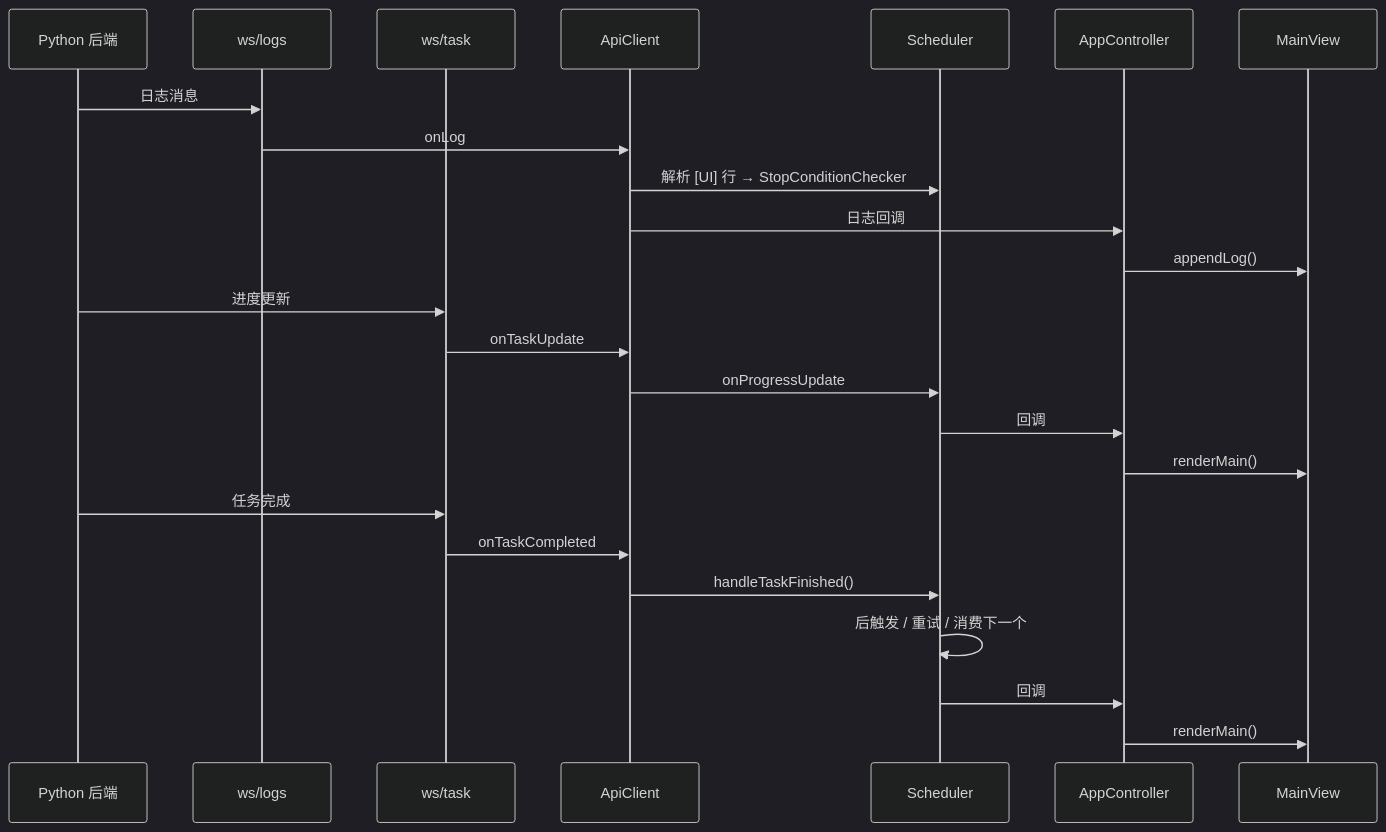
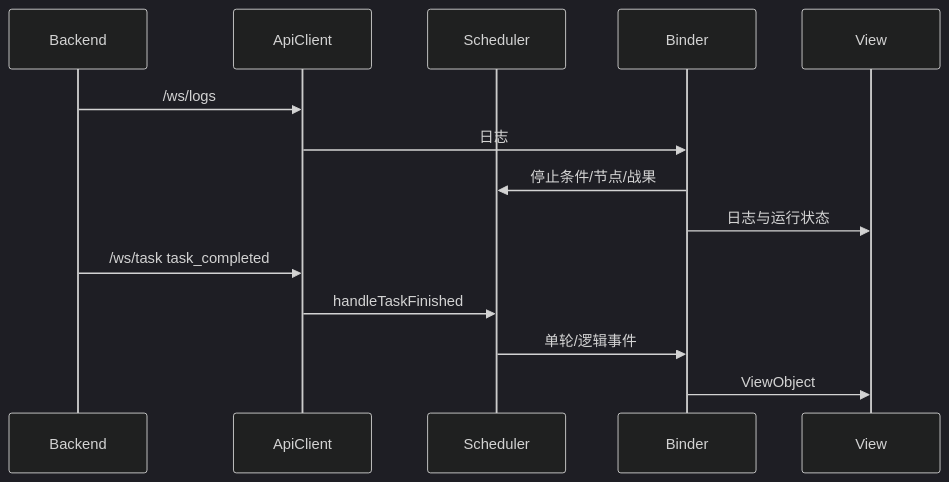
One commit to ShiinaKuroko/AutoWSGR-GUI changed the diagram in docs/architecture/06-backend-communication.md. Above: the diagram before and after it, drawn with Mermaid (dark theme). The commit also changed other lines of this file and 36 other files, not shown here.

Commit message:
docs: align agent guidance and architecture references

````diff
--- a/docs/architecture/06-backend-communication.md
+++ b/docs/architecture/06-backend-communication.md
@@ -319,29 +164,17 @@
 ```mermaid
 sequenceDiagram
-  participant Backend as Python 后端
-  participant WsLog as ws/logs
-  participant WsTask as ws/task
-  participant Api as ApiClient
-  participant Sched as Scheduler
-  participant App as AppController
-  participant UI as MainView
+  participant Backend
+  participant ApiClient
+  participant Scheduler
+  participant Binder
+  participant View
 
-  Backend->>WsLog: 日志消息
-  WsLog->>Api: onLog
-  Api->>Sched: 解析 [UI] 行 → StopConditionChecker
-  Api->>App: 日志回调
-  App->>UI: appendLog()
-
-  Backend->>WsTask: 进度更新
-  WsTask->>Api: onTaskUpdate
-  Api->>Sched: onProgressUpdate
-  Sched->>App: 回调
-  App->>UI: renderMain()
-
-  Backend->>WsTask: 任务完成
-  WsTask->>Api: onTaskCompleted
-  Api->>Sched: handleTaskFinished()
-  Sched->>Sched: 后触发 / 重试 / 消费下一个
-  Sched->>App: 回调
-  App->>UI: renderMain()
+  Backend->>ApiClient: /ws/logs
+  ApiClient->>Binder: 日志
+  Binder->>Scheduler: 停止条件/节点/战果
+  Binder->>View: 日志与运行状态
+  Backend->>ApiClient: /ws/task task_completed
+  ApiClient->>Scheduler: handleTaskFinished
+  Scheduler->>Binder: 单轮/逻辑事件
+  Binder->>View: ViewObject
 ```
````
